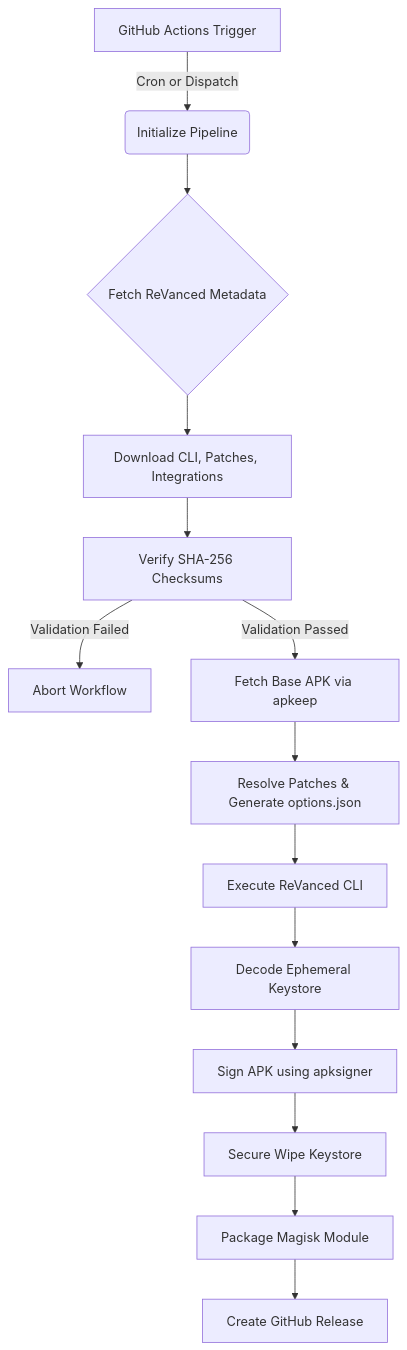
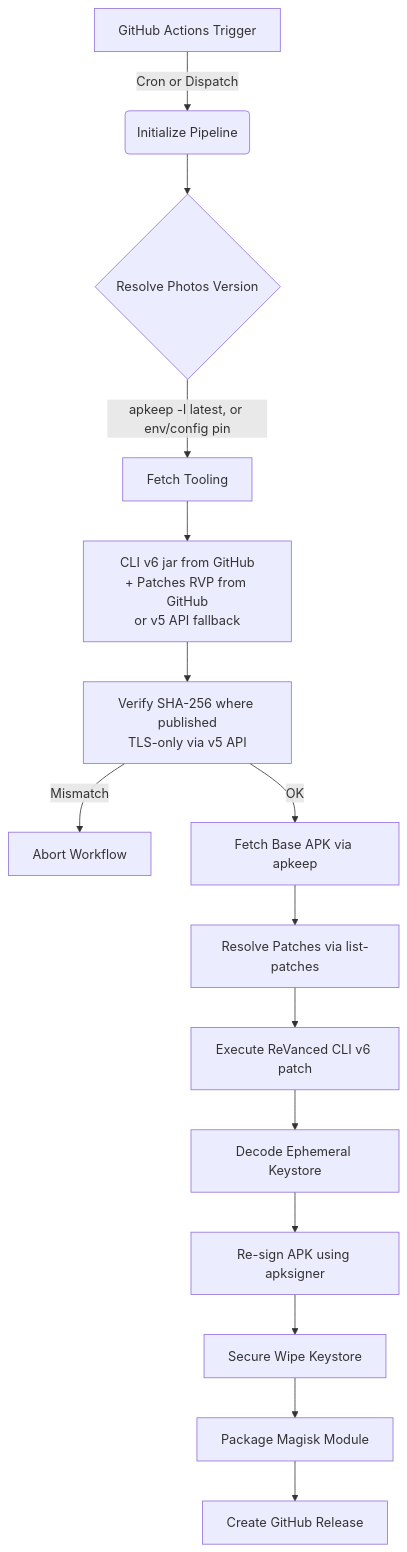
The diagram in docs/architecture.md (staneswilson/revanced-photos), drawn with Mermaid before and after one commit. The commit also changed other lines of this file and 3 other files, not shown here.

First line of the commit message:
docs: refresh README/architecture/SETUP for v6 pipeline; add LICENSE

````diff
--- a/docs/architecture.md
+++ b/docs/architecture.md
@@ -7,16 +7,17 @@
 ```mermaid
 graph TD
     A[GitHub Actions Trigger] -->|Cron or Dispatch| B(Initialize Pipeline)
-    B --> C{Fetch ReVanced Metadata}
-    C --> D[Download CLI, Patches, Integrations]
-    D --> E[Verify SHA-256 Checksums]
-    E -->|Validation Failed| F[Abort Workflow]
-    E -->|Validation Passed| G[Fetch Base APK via apkeep]
-    G --> H[Resolve Patches & Generate options.json]
-    H --> I[Execute ReVanced CLI]
-    I --> J[Decode Ephemeral Keystore]
-    J --> K[Sign APK using apksigner]
-    K --> L[Secure Wipe Keystore]
-    L --> M[Package Magisk Module]
-    M --> N[Create GitHub Release]
+    B --> C{Resolve Photos Version}
+    C -->|apkeep -l latest, or env/config pin| D[Fetch Tooling]
+    D --> E[CLI v6 jar from GitHub<br/>+ Patches RVP from GitHub<br/>or v5 API fallback]
+    E --> F[Verify SHA-256 where published<br/>TLS-only via v5 API]
+    F -->|Mismatch| G[Abort Workflow]
+    F -->|OK| H[Fetch Base APK via apkeep]
+    H --> I[Resolve Patches via list-patches]
+    I --> J[Execute ReVanced CLI v6 patch]
+    J --> K[Decode Ephemeral Keystore]
+    K --> L[Re-sign APK using apksigner]
+    L --> M[Secure Wipe Keystore]
+    M --> N[Package Magisk Module]
+    N --> O[Create GitHub Release]
 ```
````
